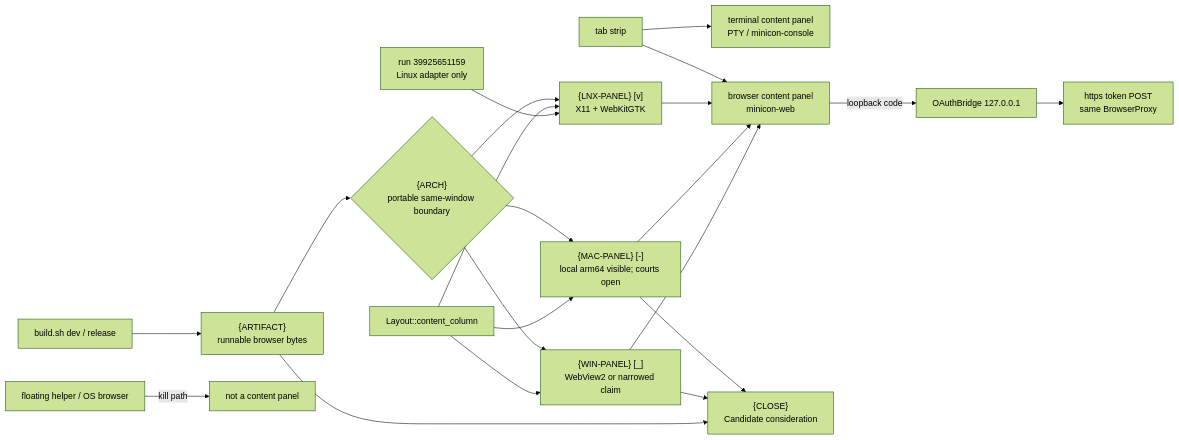
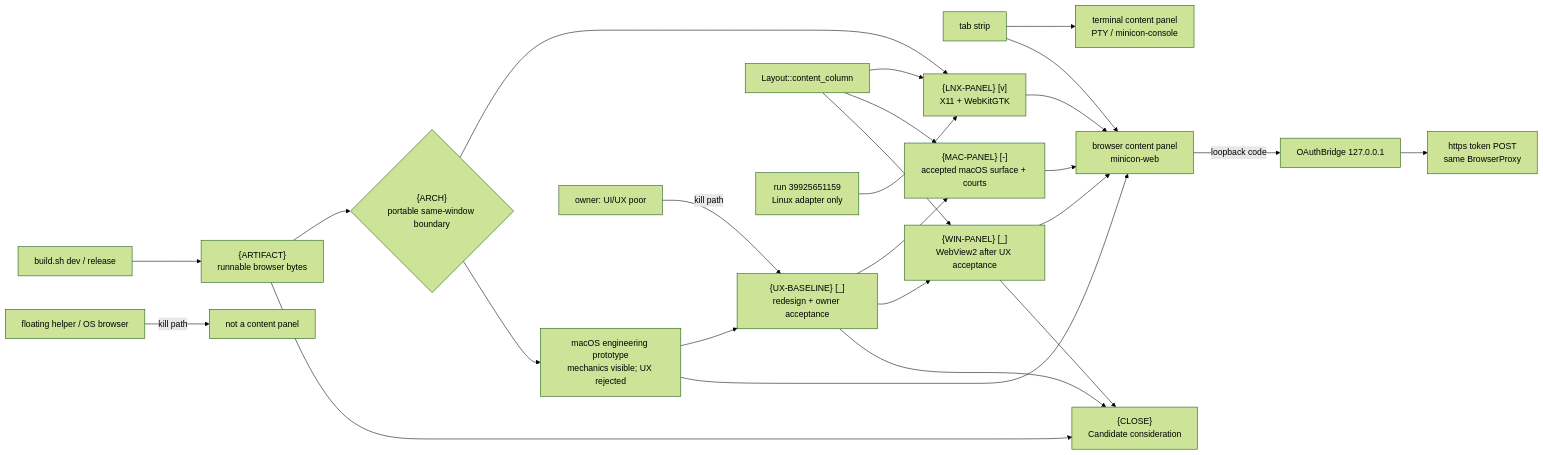
Before and after one commit to partnernetsoftware/minicon: the second of 2 diagrams in plan/plan-v0.2.21.md, drawn with Mermaid (forest theme). The commit also changed other lines of this file and 4 other files, not shown here.

````diff
--- a/plan/plan-v0.2.21.md
+++ b/plan/plan-v0.2.21.md
@@ -181,23 +196,27 @@
 ```mermaid
 flowchart LR
     TAB["tab strip"] --> TERM["terminal content panel<br/>PTY / minicon-console"]
     TAB --> WEB["browser content panel<br/>minicon-web"]
     CANON["build.sh dev / release"] --> ART["{ARTIFACT}<br/>runnable browser bytes"]
     ART --> ARCH{"{ARCH}<br/>portable same-window boundary"}
     ARCH --> LNX["{LNX-PANEL} [v]<br/>X11 + WebKitGTK"]
-    ARCH --> MAC["{MAC-PANEL} [-]<br/>local arm64 visible; courts open"]
-    ARCH --> WIN["{WIN-PANEL} [_]<br/>WebView2 or narrowed claim"]
+    ARCH --> PROTO["macOS engineering prototype<br/>mechanics visible; UX rejected"]
+    PROTO --> UX["{UX-BASELINE} [_]<br/>redesign + owner acceptance"]
+    UX --> MAC["{MAC-PANEL} [-]<br/>accepted macOS surface + courts"]
+    UX --> WIN["{WIN-PANEL} [_]<br/>WebView2 after UX acceptance"]
     LNX --> WEB
+    PROTO --> WEB
     MAC --> WEB
     WIN --> WEB
     WEB -->|"loopback code"| BRIDGE["OAuthBridge 127.0.0.1"]
     BRIDGE --> POST["https token POST<br/>same BrowserProxy"]
     LAYOUT["Layout::content_column"] --> LNX
     LAYOUT --> MAC
     LAYOUT --> WIN
     COURT["run 39925651159<br/>Linux adapter only"] --> LNX
     FLOAT["floating helper / OS browser"] -->|"kill path"| REJECT["not a content panel"]
-    MAC --> CLOSE["{CLOSE}<br/>Candidate consideration"]
+    REJECTUX["owner: UI/UX poor"] -->|"kill path"| UX
+    UX --> CLOSE["{CLOSE}<br/>Candidate consideration"]
     WIN --> CLOSE
     ART --> CLOSE
 ```
````
